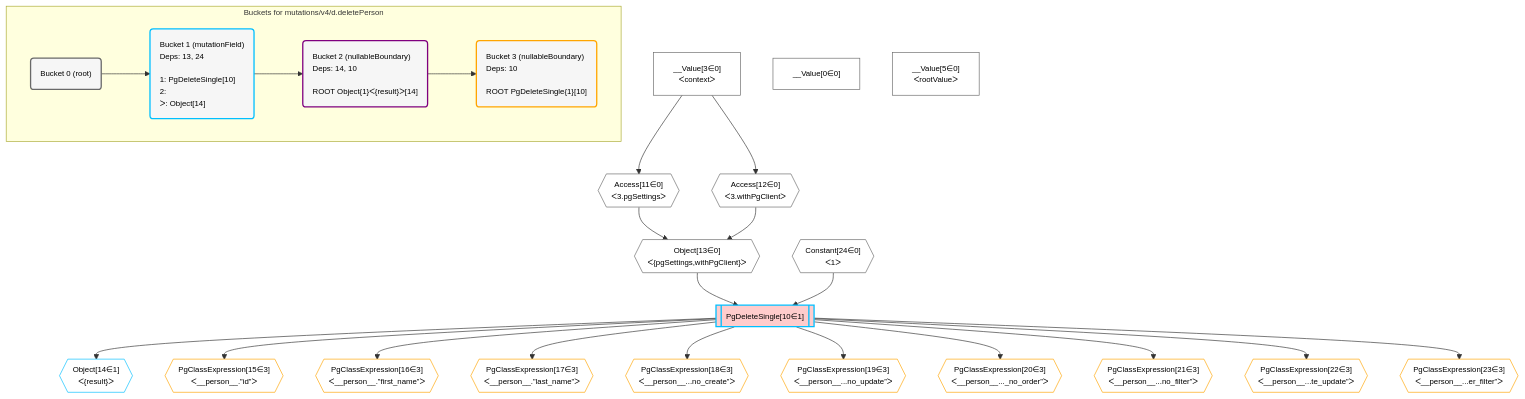
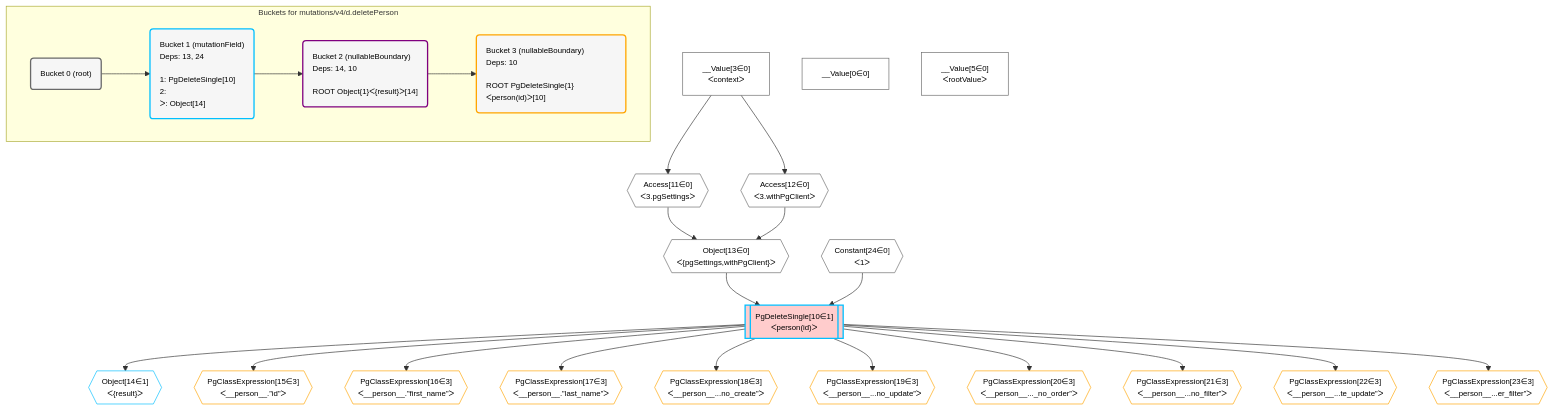
Before and after one commit to graphile/crystal: the diagram in postgraphile/postgraphile/__tests__/mutations/v4/d.deletePerson.mermaid, drawn with Mermaid. The commit also changed 38 other files, not shown here.

```diff
--- a/postgraphile/postgraphile/__tests__/mutations/v4/d.deletePerson.mermaid
+++ b/postgraphile/postgraphile/__tests__/mutations/v4/d.deletePerson.mermaid
@@ -1,63 +1,63 @@
 %%{init: {'themeVariables': { 'fontSize': '12px'}}}%%
 graph TD
     classDef path fill:#eee,stroke:#000,color:#000
     classDef plan fill:#fff,stroke-width:1px,color:#000
     classDef itemplan fill:#fff,stroke-width:2px,color:#000
     classDef unbatchedplan fill:#dff,stroke-width:1px,color:#000
     classDef sideeffectplan fill:#fcc,stroke-width:2px,color:#000
     classDef bucket fill:#f6f6f6,color:#000,stroke-width:2px,text-align:left
 
 
     %% plan dependencies
     Object13{{"Object[13∈0]<br />ᐸ{pgSettings,withPgClient}ᐳ"}}:::plan
     Access11{{"Access[11∈0]<br />ᐸ3.pgSettingsᐳ"}}:::plan
     Access12{{"Access[12∈0]<br />ᐸ3.withPgClientᐳ"}}:::plan
     Access11 & Access12 --> Object13
     __Value3["__Value[3∈0]<br />ᐸcontextᐳ"]:::plan
     __Value3 --> Access11
     __Value3 --> Access12
     __Value0["__Value[0∈0]"]:::plan
     __Value5["__Value[5∈0]<br />ᐸrootValueᐳ"]:::plan
     Constant24{{"Constant[24∈0]<br />ᐸ1ᐳ"}}:::plan
-    PgDeleteSingle10[["PgDeleteSingle[10∈1]"]]:::sideeffectplan
+    PgDeleteSingle10[["PgDeleteSingle[10∈1]<br />ᐸperson(id)ᐳ"]]:::sideeffectplan
     Object13 & Constant24 --> PgDeleteSingle10
     Object14{{"Object[14∈1]<br />ᐸ{result}ᐳ"}}:::plan
     PgDeleteSingle10 --> Object14
     PgClassExpression15{{"PgClassExpression[15∈3]<br />ᐸ__person__.”id”ᐳ"}}:::plan
     PgDeleteSingle10 --> PgClassExpression15
     PgClassExpression16{{"PgClassExpression[16∈3]<br />ᐸ__person__.”first_name”ᐳ"}}:::plan
     PgDeleteSingle10 --> PgClassExpression16
     PgClassExpression17{{"PgClassExpression[17∈3]<br />ᐸ__person__.”last_name”ᐳ"}}:::plan
     PgDeleteSingle10 --> PgClassExpression17
     PgClassExpression18{{"PgClassExpression[18∈3]<br />ᐸ__person__...no_create”ᐳ"}}:::plan
     PgDeleteSingle10 --> PgClassExpression18
     PgClassExpression19{{"PgClassExpression[19∈3]<br />ᐸ__person__...no_update”ᐳ"}}:::plan
     PgDeleteSingle10 --> PgClassExpression19
     PgClassExpression20{{"PgClassExpression[20∈3]<br />ᐸ__person__..._no_order”ᐳ"}}:::plan
     PgDeleteSingle10 --> PgClassExpression20
     PgClassExpression21{{"PgClassExpression[21∈3]<br />ᐸ__person__...no_filter”ᐳ"}}:::plan
     PgDeleteSingle10 --> PgClassExpression21
     PgClassExpression22{{"PgClassExpression[22∈3]<br />ᐸ__person__...te_update”ᐳ"}}:::plan
     PgDeleteSingle10 --> PgClassExpression22
     PgClassExpression23{{"PgClassExpression[23∈3]<br />ᐸ__person__...er_filter”ᐳ"}}:::plan
     PgDeleteSingle10 --> PgClassExpression23
 
     %% define steps
 
     subgraph "Buckets for mutations/v4/d.deletePerson"
     Bucket0("Bucket 0 (root)"):::bucket
     classDef bucket0 stroke:#696969
     class Bucket0,__Value0,__Value3,__Value5,Access11,Access12,Object13,Constant24 bucket0
     Bucket1("Bucket 1 (mutationField)<br />Deps: 13, 24<br /><br />1: PgDeleteSingle[10]<br />2: <br />ᐳ: Object[14]"):::bucket
     classDef bucket1 stroke:#00bfff
     class Bucket1,PgDeleteSingle10,Object14 bucket1
     Bucket2("Bucket 2 (nullableBoundary)<br />Deps: 14, 10<br /><br />ROOT Object{1}ᐸ{result}ᐳ[14]"):::bucket
     classDef bucket2 stroke:#7f007f
     class Bucket2 bucket2
-    Bucket3("Bucket 3 (nullableBoundary)<br />Deps: 10<br /><br />ROOT PgDeleteSingle{1}[10]"):::bucket
+    Bucket3("Bucket 3 (nullableBoundary)<br />Deps: 10<br /><br />ROOT PgDeleteSingle{1}ᐸperson(id)ᐳ[10]"):::bucket
     classDef bucket3 stroke:#ffa500
     class Bucket3,PgClassExpression15,PgClassExpression16,PgClassExpression17,PgClassExpression18,PgClassExpression19,PgClassExpression20,PgClassExpression21,PgClassExpression22,PgClassExpression23 bucket3
     Bucket0 --> Bucket1
     Bucket1 --> Bucket2
     Bucket2 --> Bucket3
     end
```
